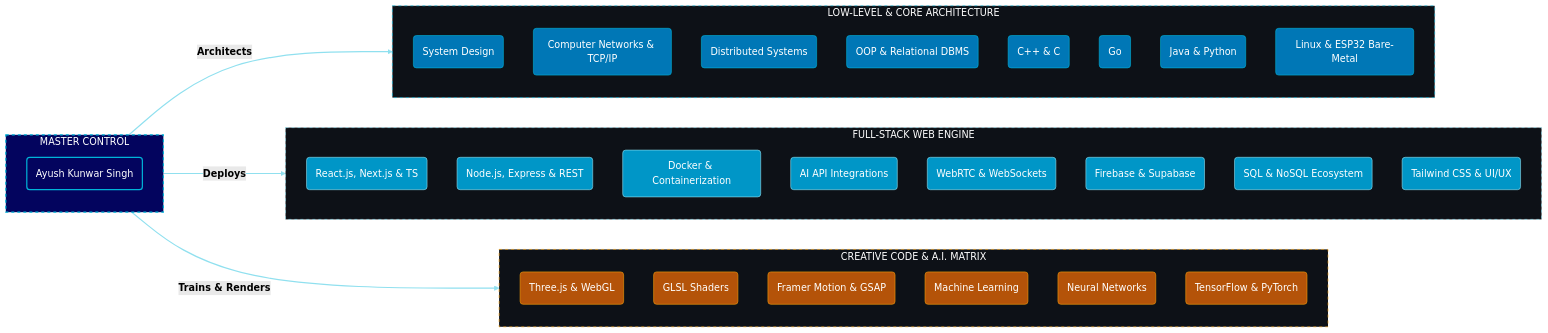
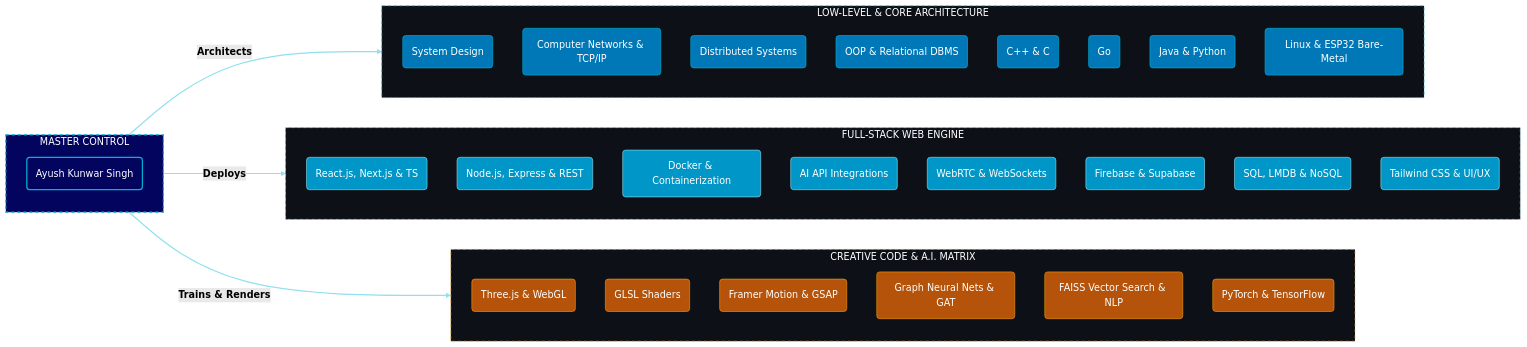
Before and after one commit to block-plant/block-plant: the diagram in README.md, drawn with Mermaid. The commit also changed other lines of this file, not shown here.

```diff
--- a/README.md
+++ b/README.md
@@ -94,7 +90,7 @@
         W4(AI API Integrations)
         W5(WebRTC & WebSockets)
         W6(Firebase & Supabase)
-        W7(SQL & NoSQL Ecosystem)
+        W7(SQL, LMDB & NoSQL)
         W8(Tailwind CSS & UI/UX)
     end
     
@@ -104,9 +100,9 @@
         A1(Three.js & WebGL)
         A2(GLSL Shaders)
         A3(Framer Motion & GSAP)
-        A4(Machine Learning)
-        A5(Neural Networks)
-        A6(TensorFlow & PyTorch)
+        A4(Graph Neural Nets & GAT)
+        A5(FAISS Vector Search & NLP)
+        A6(PyTorch & TensorFlow)
     end
 
     %% CONNECTIONS
@@ -132,12 +128,12 @@
     click W4 "[https://github.com/topics/artificial-intelligence](https://github.com/topics/artificial-intelligence)" "Connecting LLMs and AI logic to frontend interfaces"
     click W5 "[https://github.com/topics/webrtc](https://github.com/topics/webrtc)" "Sub-100ms latency peer-to-peer streaming"
     click W6 "[https://github.com/topics/firebase](https://github.com/topics/firebase)" "Real-time state synchronization and cloud auth"
-    click W7 "[https://github.com/topics/sql](https://github.com/topics/sql)" "Complex querying and data modeling"
+    click W7 "[https://github.com/topics/sql](https://github.com/topics/sql)" "Complex querying, LMDB, and memory-mapped storage"
 
     click A1 "[https://github.com/topics/threejs](https://github.com/topics/threejs)" "3D rendering and spatial audio"
     click A2 "[https://github.com/topics/glsl](https://github.com/topics/glsl)" "Custom rendering pipelines and post-processing"
-    click A4 "[https://github.com/topics/machine-learning](https://github.com/topics/machine-learning)" "Regression, classification, and data modeling"
-    click A5 "[https://github.com/topics/neural-network](https://github.com/topics/neural-network)" "Deep learning architectures"
+    click A4 "[https://github.com/topics/graph-neural-networks](https://github.com/topics/graph-neural-networks)" "Multi-hop link prediction and Graph Attention Networks"
+    click A5 "[https://github.com/topics/faiss](https://github.com/topics/faiss)" "High-dimensional vector similarity search and hybrid NER"
 
     %% HUD STYLING CLASSES
     classDef master fill:#03045E,stroke:#00B4D8,stroke-width:2px,color:#fff
```
